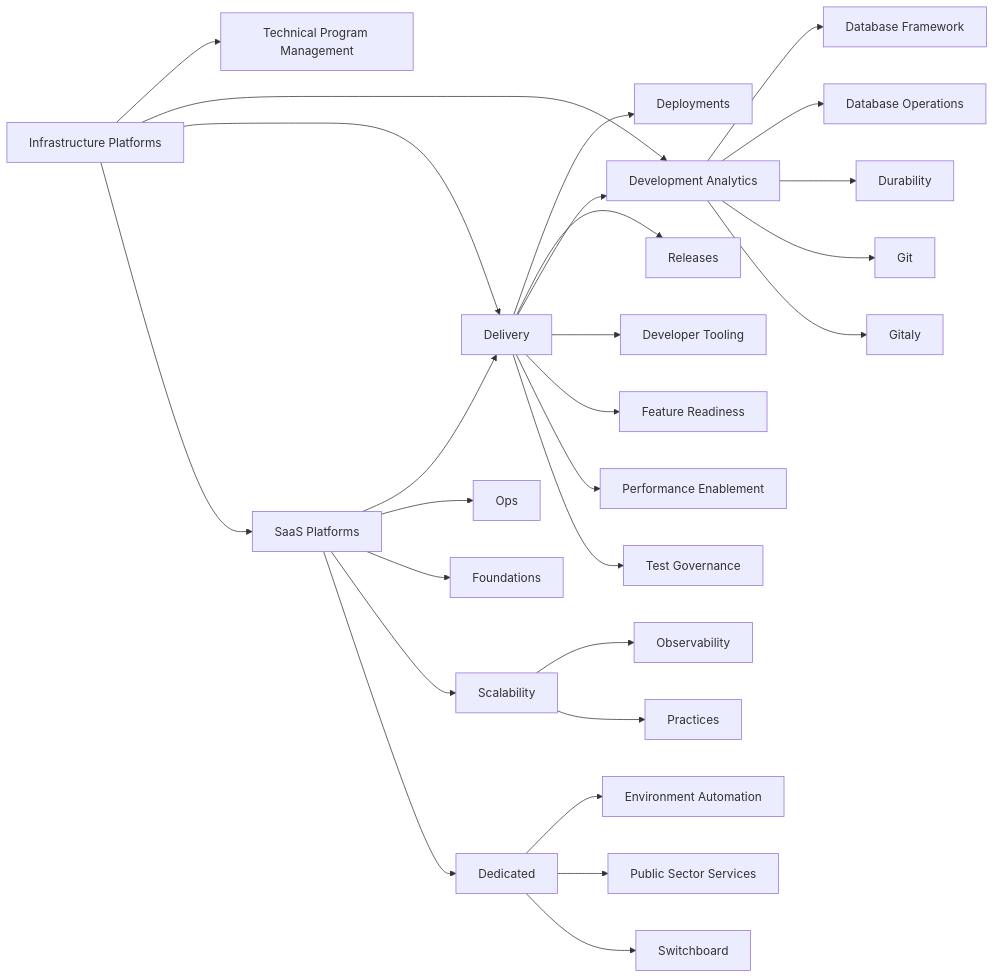
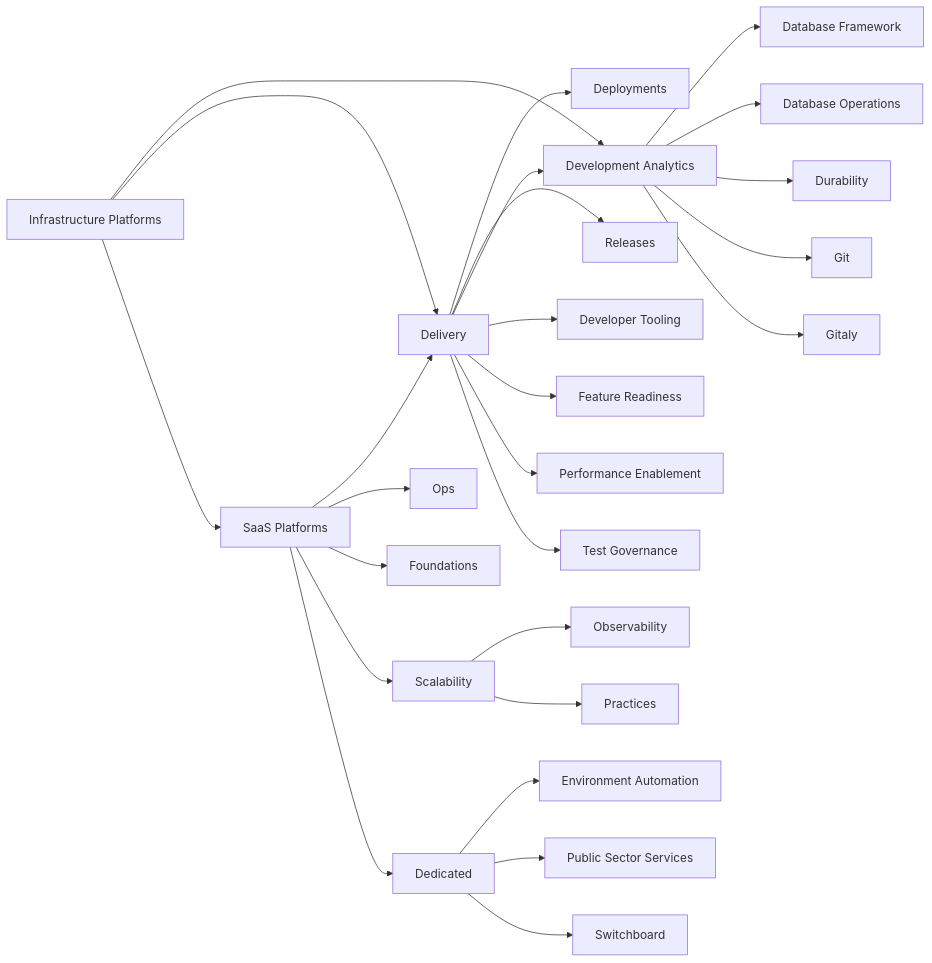
One commit to zalyoung/gitlab-handbook changed the diagram in content/handbook/engineering/infrastructure-platforms/_index.md. Above: the diagram before and after it, drawn with Mermaid. The commit also changed other lines of this file and 5 other files, not shown here.

Commit message:
Deduplicate Infrastructure Platforms pages

````diff
--- a/content/handbook/engineering/infrastructure-platforms/_index.md
+++ b/content/handbook/engineering/infrastructure-platforms/_index.md
@@ -45,59 +30,56 @@
 ```mermaid
 flowchart LR
     I[Infrastructure Platforms]
     click I "/handbook/engineering/infrastructure-platforms/"
 
-    I --> TPM[Technical Program Management]
-    click TPM "/handbook/engineering/infrastructure/technical-program-management/"
-
     I --> DA[Data Access]
-    click DA "/handbook/engineering/infrastructure/data-access/"
+    click DA "/handbook/engineering/infrastructure-platforms/data-access/"
     I --> DE[Developer Experience]
     click DE "handbook/engineering/infrastructure-platforms/developer-experience"
     I --> SP[SaaS Platforms]
     click SP "/handbook/engineering/infrastructure/platforms/"
 
     DA --> DF[Database Framework]
     click DF "/handbook/engineering/infrastructure-platforms/data-access/database-framework/"
     DA --> DO[Database Operations]
     click DO "/handbook/engineering/infrastructure-platforms/data-access/database-operations/"
     DA --> Durability
     click Durability "/handbook/engineering/infrastructure-platforms/data-access/durability/"
     DA --> Git
     click Git "/handbook/engineering/infrastructure-platforms/data-access/git/"
     DA --> Gitaly
     click Gitaly "/handbook/engineering/infrastructure-platforms/data-access/gitaly/"
 
     SP --> DE[Delivery]
     click DE "/handbook/engineering/infrastructure/team/delivery/"
     DE --> Deployments
     DE --> Releases
     SP --> Ops
     click Ops "/handbook/engineering/infrastructure/team/ops/"
     SP --> Foundations
     click Foundations "/handbook/engineering/infrastructure/team/foundations/"
     SP --> Scalability
     click Scalability "/handbook/engineering/infrastructure/team/scalability/"
     Scalability --> Observability
     Scalability --> Practices
 
     SP --> D[Dedicated]
     click D "/handbook/engineering/infrastructure/team/gitlab-dedicated/"
     D --> E[Environment Automation]
     click E "/handbook/engineering/infrastructure/team/gitlab-dedicated/"
     D --> PSS[Public Sector Services]
     click PSS "/handbook/engineering/infrastructure/team/gitlab-dedicated/us-public-sector-services/"
     D --> Switchboard
     click Switchboard "/handbook/engineering/infrastructure/team/gitlab-dedicated/switchboard/"
 
     DE --> DA[Development Analytics]
     click DA "handbook/engineering/infrastructure-platforms/developer-experience"
     DE --> DT[Developer Tooling]
     click DT "handbook/engineering/infrastructure-platforms/developer-experience"
     DE --> FR[Feature Readiness]
     click FR "handbook/engineering/infrastructure-platforms/developer-experience"
     DE --> PE[Performance Enablement]
     click PE "handbook/engineering/infrastructure-platforms/developer-experience"
     DE --> TG[Test Governance]
     click TG "handbook/engineering/infrastructure-platforms/developer-experience"
 ```
````
